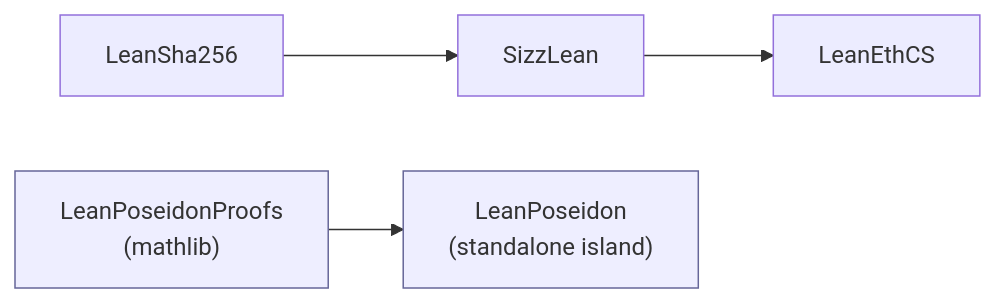
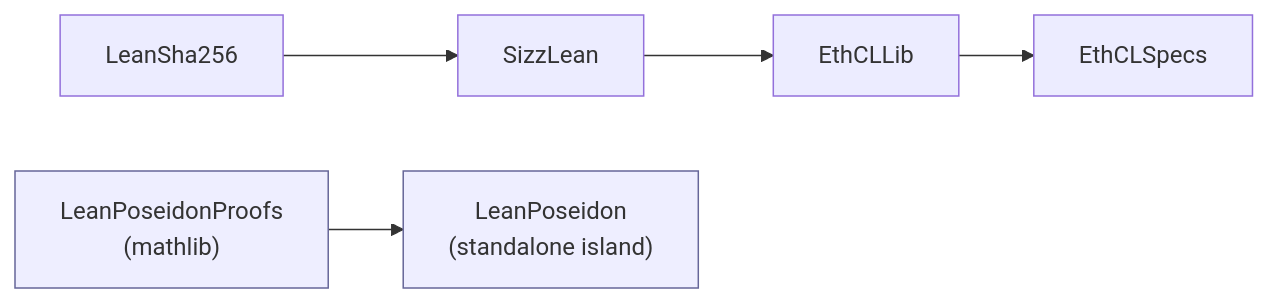
Before and after one commit to etheorem/etheorem: the first of 3 diagrams in packages/LeanPoseidon/docs/ARCHITECTURE.md, drawn with Mermaid. The commit also changed other lines of this file and 30 other files, not shown here.

First line of the commit message:
docs: update references from LeanEthCS to EthCLLib / EthCLSpecs

````diff
--- a/packages/LeanPoseidon/docs/ARCHITECTURE.md
+++ b/packages/LeanPoseidon/docs/ARCHITECTURE.md
@@ -58,8 +58,8 @@
 ```mermaid
 graph LR
-    LeanSha256 --> SizzLean --> LeanEthCS
+    LeanSha256 --> SizzLean --> EthCLLib --> EthCLSpecs
     LeanPoseidon["LeanPoseidon<br/>(standalone island)"]
     LeanPoseidonProofs["LeanPoseidonProofs<br/>(mathlib)"] --> LeanPoseidon
     classDef island fill:#eef,stroke:#669;
     class LeanPoseidon,LeanPoseidonProofs island;
 ```
````
